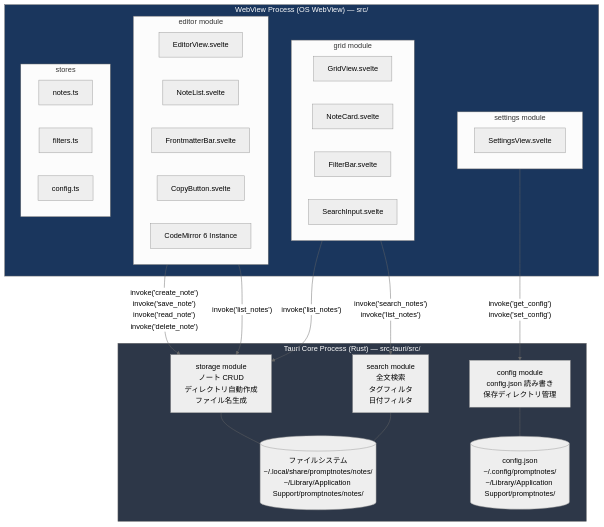
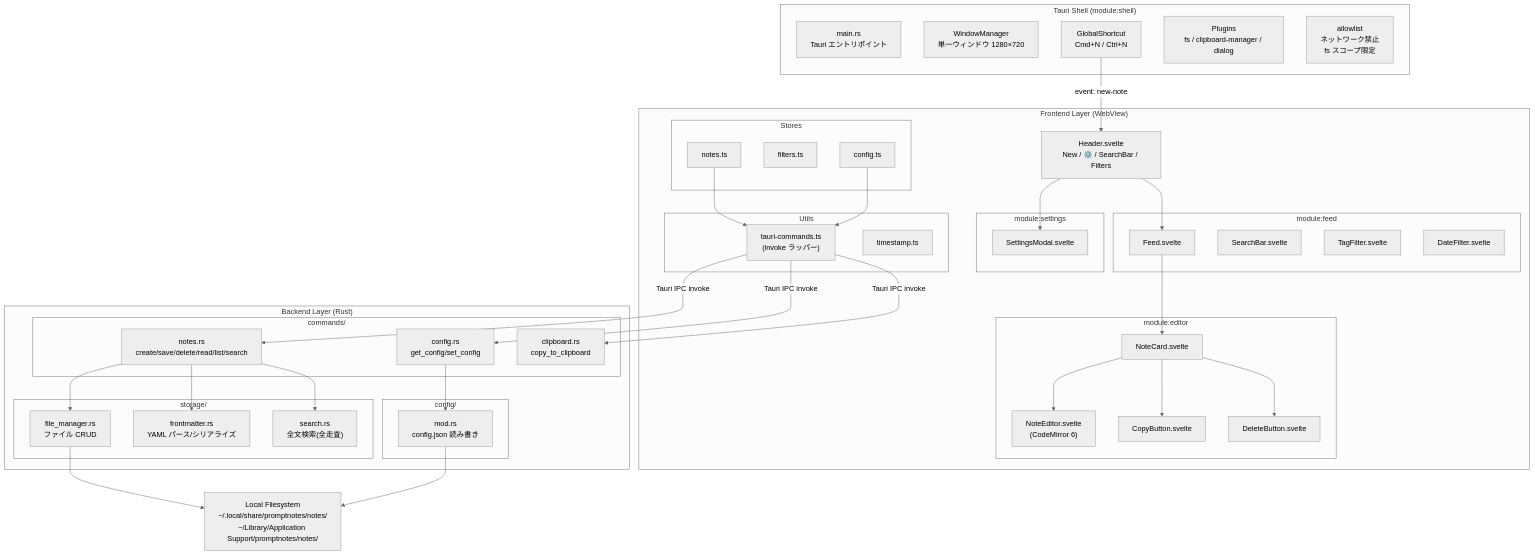
One commit to dev-komenzar/prompt-notes changed the first of 4 diagrams in docs/detailed_design/component_architecture.md. Above: the diagram before and after it, drawn with Mermaid (neutral theme). The commit also changed other lines of this file and 12 other files, not shown here.

````diff
--- a/docs/detailed_design/component_architecture.md
+++ b/docs/detailed_design/component_architecture.md
@@ -69,45 +70,78 @@
 ```mermaid
 graph TB
-    subgraph RustCoreProcess["Tauri Core Process (Rust) — src-tauri/src/"]
-        storage["storage module<br/>ノート CRUD<br/>ディレクトリ自動作成<br/>ファイル名生成"]
-        search["search module<br/>全文検索<br/>タグフィルタ<br/>日付フィルタ"]
-        config["config module<br/>config.json 読み書き<br/>保存ディレクトリ管理"]
-        
-        storage --- FS[("ファイルシステム<br/>~/.local/share/promptnotes/notes/<br/>~/Library/Application Support/promptnotes/notes/")]
-        config --- CF[("config.json<br/>~/.config/promptnotes/<br/>~/Library/Application Support/promptnotes/")]
-        search --- FS
+    subgraph "Tauri Shell (module:shell)"
+        MAIN["main.rs<br/>Tauri エントリポイント"]
+        WIN["WindowManager<br/>単一ウィンドウ 1280×720"]
+        SC["GlobalShortcut<br/>Cmd+N / Ctrl+N"]
+        PLUG["Plugins<br/>fs / clipboard-manager / dialog"]
+        ALLOW["allowlist<br/>ネットワーク禁止<br/>fs スコープ限定"]
     end
 
-    subgraph WebViewProcess["WebView Process (OS WebView) — src/"]
-        subgraph EditorModule["editor module"]
-            EditorView["EditorView.svelte"]
-            NoteList["NoteList.svelte"]
-            FrontmatterBar["FrontmatterBar.svelte"]
-            CopyButton["CopyButton.svelte"]
-            CM6["CodeMirror 6 Instance"]
+    subgraph "Frontend Layer (WebView)"
+        subgraph "module:editor"
+            NC["NoteCard.svelte"]
+            NE["NoteEditor.svelte<br/>(CodeMirror 6)"]
+            CB["CopyButton.svelte"]
+            DB["DeleteButton.svelte"]
         end
-        subgraph GridModule["grid module"]
-            GridView["GridView.svelte"]
-            NoteCard["NoteCard.svelte"]
-            FilterBar["FilterBar.svelte"]
-            SearchInput["SearchInput.svelte"]
+        subgraph "module:feed"
+            FD["Feed.svelte"]
+            SB["SearchBar.svelte"]
+            TF["TagFilter.svelte"]
+            DF["DateFilter.svelte"]
         end
-        subgraph SettingsModule["settings module"]
-            SettingsView["SettingsView.svelte"]
+        subgraph "module:settings"
+            SM["SettingsModal.svelte"]
         end
-        subgraph Stores["stores"]
-            notesStore["notes.ts"]
-            filtersStore["filters.ts"]
-            configStore["config.ts"]
+        HD["Header.svelte<br/>New / ⚙️ / SearchBar / Filters"]
+        subgraph "Stores"
+            NS["notes.ts"]
+            FS["filters.ts"]
+            CS["config.ts"]
+        end
+        subgraph "Utils"
+            TC["tauri-commands.ts<br/>(invoke ラッパー)"]
+            TS["timestamp.ts"]
         end
     end
 
-    EditorModule -->|"invoke('create_note')<br/>invoke('save_note')<br/>invoke('read_note')<br/>invoke('delete_note')"| storage
-    EditorModule -->|"invoke('list_notes')"| storage
-    GridModule -->|"invoke('search_notes')<br/>invoke('list_notes')"| search
-    GridModule -->|"invoke('list_notes')"| storage
-    SettingsModule -->|"invoke('get_config')<br/>invoke('set_config')"| config
+    subgraph "Backend Layer (Rust)"
+        subgraph "commands/"
+            CMD_N["notes.rs<br/>create/save/delete/read/list/search"]
+            CMD_C["config.rs<br/>get_config/set_config"]
+            CMD_CL["clipboard.rs<br/>copy_to_clipboard"]
+        end
+        subgraph "storage/"
+            FILE["file_manager.rs<br/>ファイル CRUD"]
+            FMP["frontmatter.rs<br/>YAML パース/シリアライズ"]
+            SRCH["search.rs<br/>全文検索(全走査)"]
+        end
+        subgraph "config/"
+            CONF["mod.rs<br/>config.json 読み書き"]
+        end
+    end
 
-    style RustCoreProcess fill:#2d3748,color:#fff
-    style WebViewProcess fill:#1a365d,color:#fff
+    FS_DISK["Local Filesystem<br/>~/.local/share/promptnotes/notes/<br/>~/Library/Application Support/promptnotes/notes/"]
+
+    SC -->|"event: new-note"| HD
+    HD --> FD
+    HD --> SM
+    NC --> NE
+    NC --> CB
+    NC --> DB
+    FD --> NC
+
+    TC -->|"Tauri IPC invoke"| CMD_N
+    TC -->|"Tauri IPC invoke"| CMD_C
+    TC -->|"Tauri IPC invoke"| CMD_CL
+
+    CMD_N --> FILE
+    CMD_N --> SRCH
+    CMD_N --> FMP
+    CMD_C --> CONF
+    FILE --> FS_DISK
+    CONF --> FS_DISK
+
+    NS --> TC
+    CS --> TC
 ```
````
